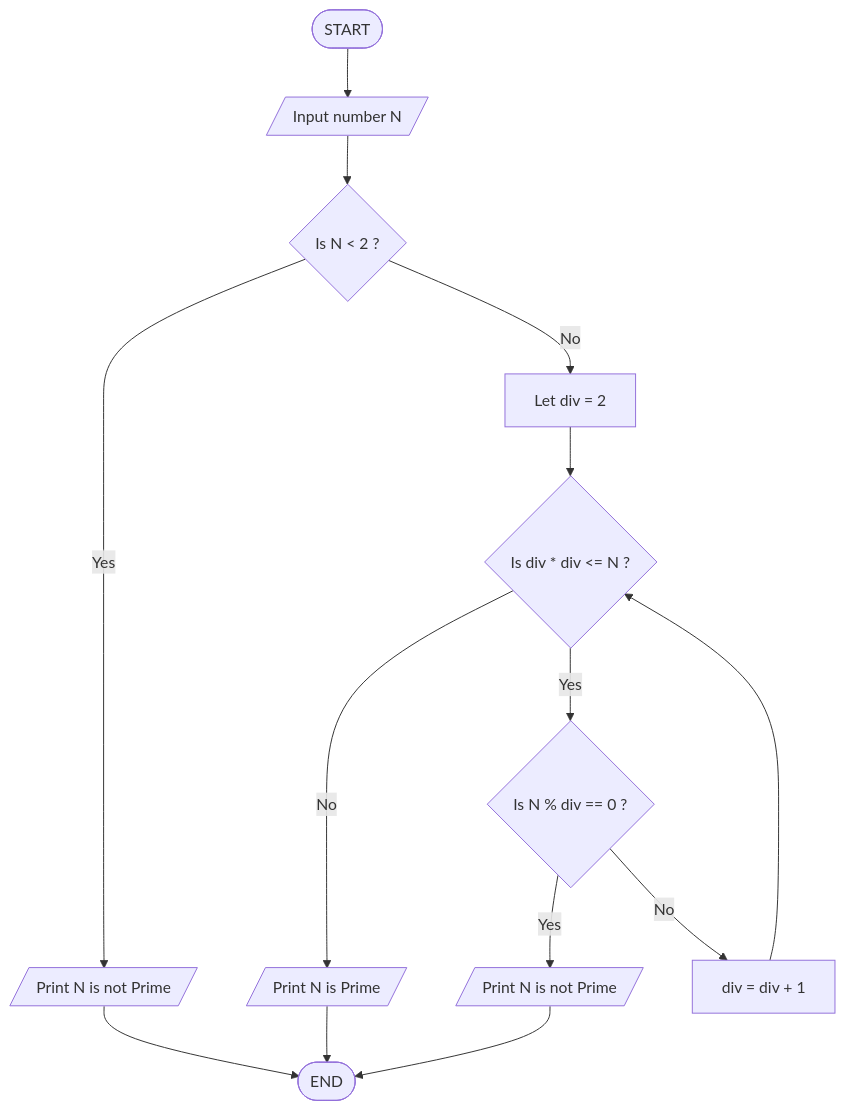
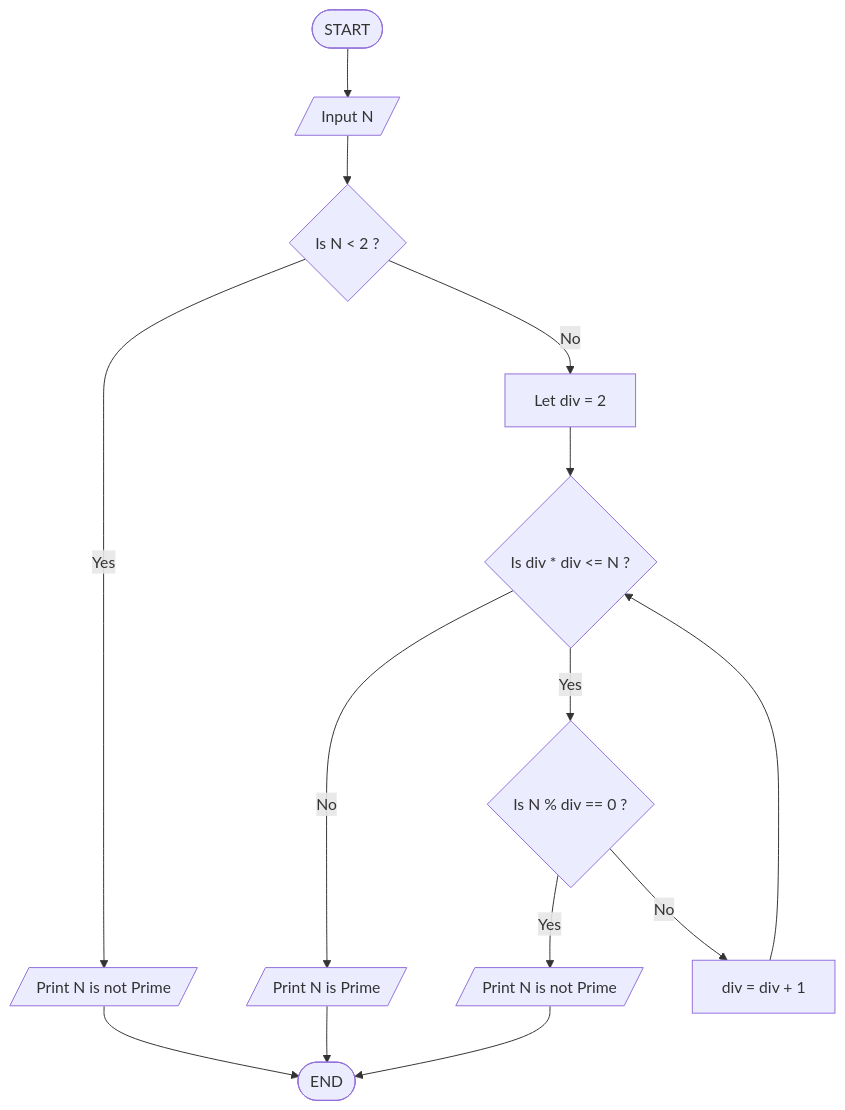
One commit to jayesh-shivlani/Java changed the fifth of 7 diagrams in FlowchartsAndPseudocodes/README.md. Above: the diagram before and after it, drawn with Mermaid. The commit also changed other lines of this file and 7 other files, not shown here.

Commit message:
Refactor Flowcharts and Pseudocodes: Update README for clarity, add Practice Questions, and reorganize content. Remove unused files for better structure.

````diff
--- a/FlowchartsAndPseudocodes/README.md
+++ b/FlowchartsAndPseudocodes/README.md
@@ -175,26 +176,26 @@
 ```mermaid
 graph TD
 
-A([START]) --> B[/Input number N/]
+A([START]) --> B[/Input N/]
 B --> C{Is N < 2 ?}
 
-%% FIX 1: Create a dedicated 'Not Prime' box for the top check
+%% Create a dedicated 'Not Prime' box for the top check
 C -- Yes --> H1[/Print N is not Prime/]
 
 C -- No --> D[Let div = 2]
 D --> E{Is div * div <= N ?}
 
 E -- No --> F[/Print N is Prime/]
 E -- Yes --> G{Is N % div == 0 ?}
 
-%% FIX 2: Create a dedicated 'Not Prime' box for the loop check
+%% Create a dedicated 'Not Prime' box for the loop check
 G -- Yes --> H2[/Print N is not Prime/]
 
 G -- No --> I[div = div + 1]
 I --> E
 
 %% Merge everything at the END
 F --> J([END])
 H1 --> J
 H2 --> J
 ```
````
